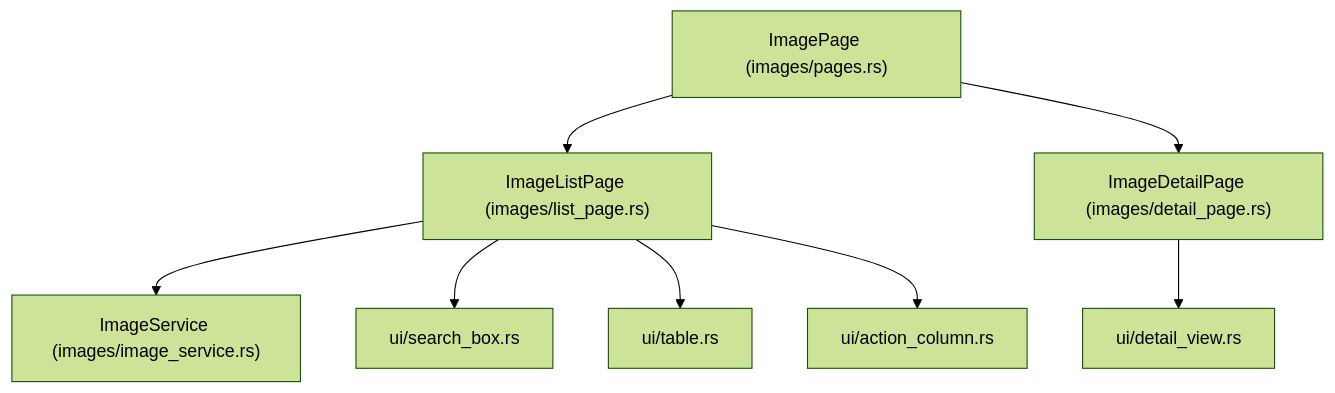
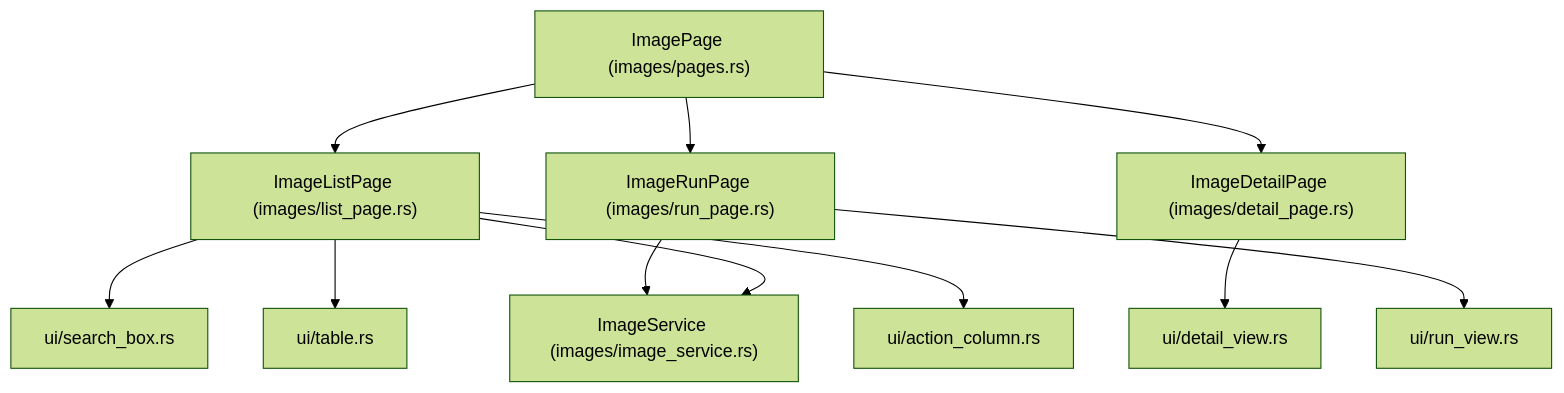
One commit to kienkent1/tui-kk changed the diagram in plans/03-images.md. Above: the diagram before and after it, drawn with Mermaid (forest theme). The commit also changed other lines of this file and 14 other files, not shown here.

Commit message:
add run image workflow with .env parser and env builder

````diff
--- a/plans/03-images.md
+++ b/plans/03-images.md
@@ -16,10 +21,13 @@
 ```mermaid
 flowchart TD
     ImagePage["ImagePage (images/pages.rs)"] --> ImageListPage["ImageListPage (images/list_page.rs)"]
     ImagePage --> ImageDetailPage["ImageDetailPage (images/detail_page.rs)"]
+    ImagePage --> ImageRunPage["ImageRunPage (images/run_page.rs)"]
     ImageListPage --> ImageService["ImageService (images/image_service.rs)"]
+    ImageRunPage --> ImageService
     ImageListPage --> SearchBox["ui/search_box.rs"]
     ImageListPage --> ImageTable["ui/table.rs"]
     ImageListPage --> ActionColumn["ui/action_column.rs"]
     ImageDetailPage --> DetailView["ui/detail_view.rs"]
+    ImageRunPage --> RunView["ui/run_view.rs"]
 ```
````
